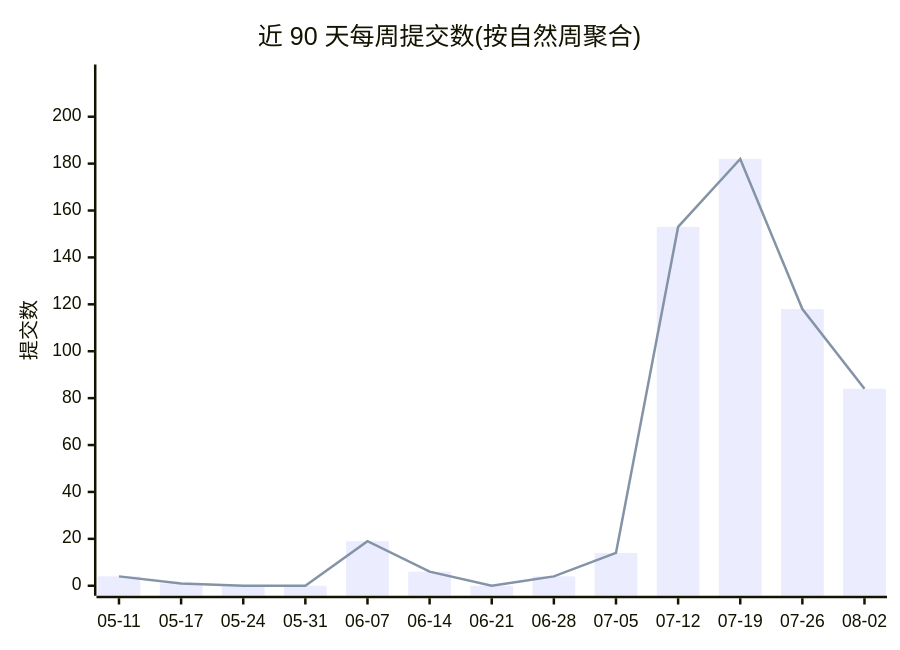
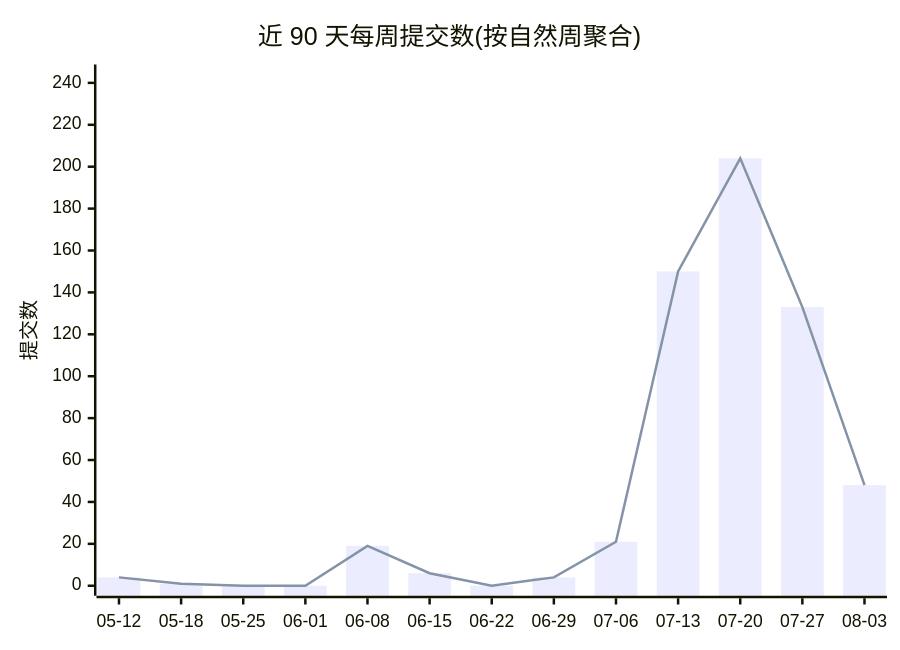
Before and after one commit to Conflux-Union/.github: the first of 2 diagrams in profile/README.md, drawn with Mermaid. The commit also changed other lines of this file and 1 other file, not shown here.

````diff
--- a/profile/README.md
+++ b/profile/README.md
@@ -44,8 +44,8 @@
 ```mermaid
 xychart-beta
     title "近 90 天每周提交数(按自然周聚合)"
-    x-axis ["05-11", "05-17", "05-24", "05-31", "06-07", "06-14", "06-21", "06-28", "07-05", "07-12", "07-19", "07-26", "08-02"]
-    y-axis "提交数" 0 --> 218
-    bar [4, 1, 0, 0, 19, 6, 0, 4, 14, 153, 182, 118, 84]
-    line [4, 1, 0, 0, 19, 6, 0, 4, 14, 153, 182, 118, 84]
+    x-axis ["05-12", "05-18", "05-25", "06-01", "06-08", "06-15", "06-22", "06-29", "07-06", "07-13", "07-20", "07-27", "08-03"]
+    y-axis "提交数" 0 --> 244
+    bar [4, 1, 0, 0, 19, 6, 0, 4, 21, 150, 204, 133, 48]
+    line [4, 1, 0, 0, 19, 6, 0, 4, 21, 150, 204, 133, 48]
 ```
````
